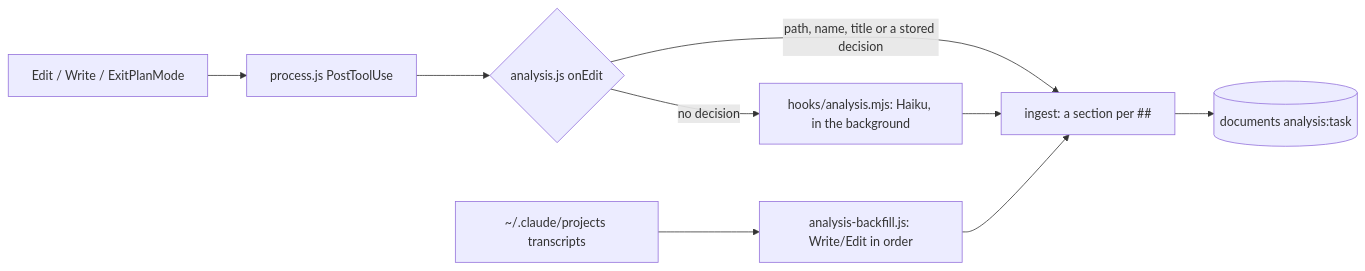
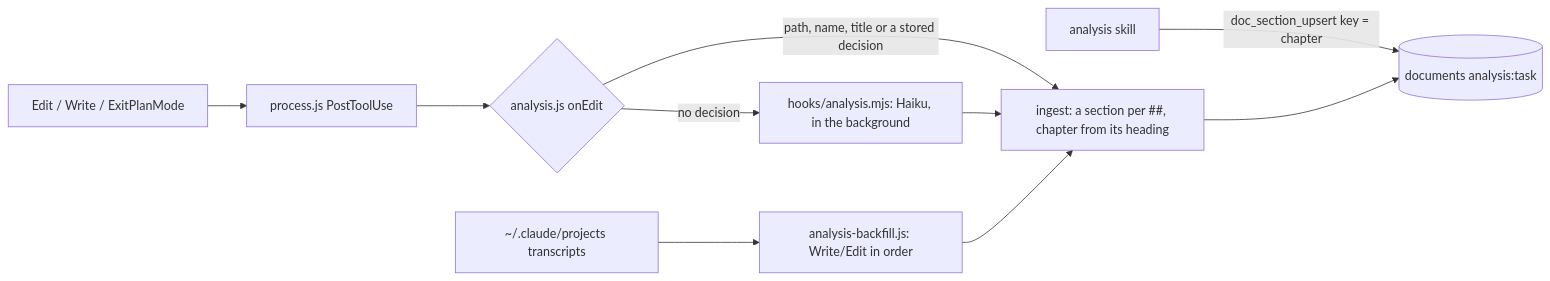
Before and after one commit to halilural/imprimatur: the fourth of 4 diagrams in docs/ARCHITECTURE.md, drawn with Mermaid. The commit also changed other lines of this file, not shown here.

Commit message:
docs(architecture): task analyses as a five-chapter design doc (#172)

````diff
--- a/docs/ARCHITECTURE.md
+++ b/docs/ARCHITECTURE.md
@@ -1120,9 +1122,10 @@
 ```mermaid
 flowchart LR
+  S[analysis skill] -->|doc_section_upsert key = chapter| D
   E[Edit / Write / ExitPlanMode] --> P[process.js PostToolUse]
   P --> Q{analysis.js onEdit}
-  Q -->|path, name, title or a stored decision| I[ingest: a section per ##]
+  Q -->|path, name, title or a stored decision| I[ingest: a section per ##, chapter from its heading]
   Q -->|no decision| H[hooks/analysis.mjs: Haiku, in the background] --> I
   T[~/.claude/projects transcripts] --> B[analysis-backfill.js: Write/Edit in order] --> I
   I --> D[(documents analysis:task)]
 ```
````
